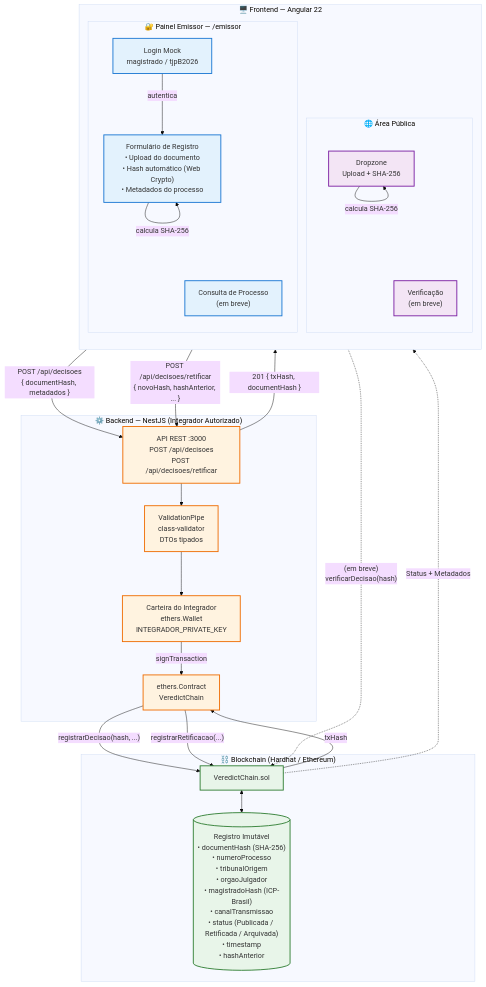
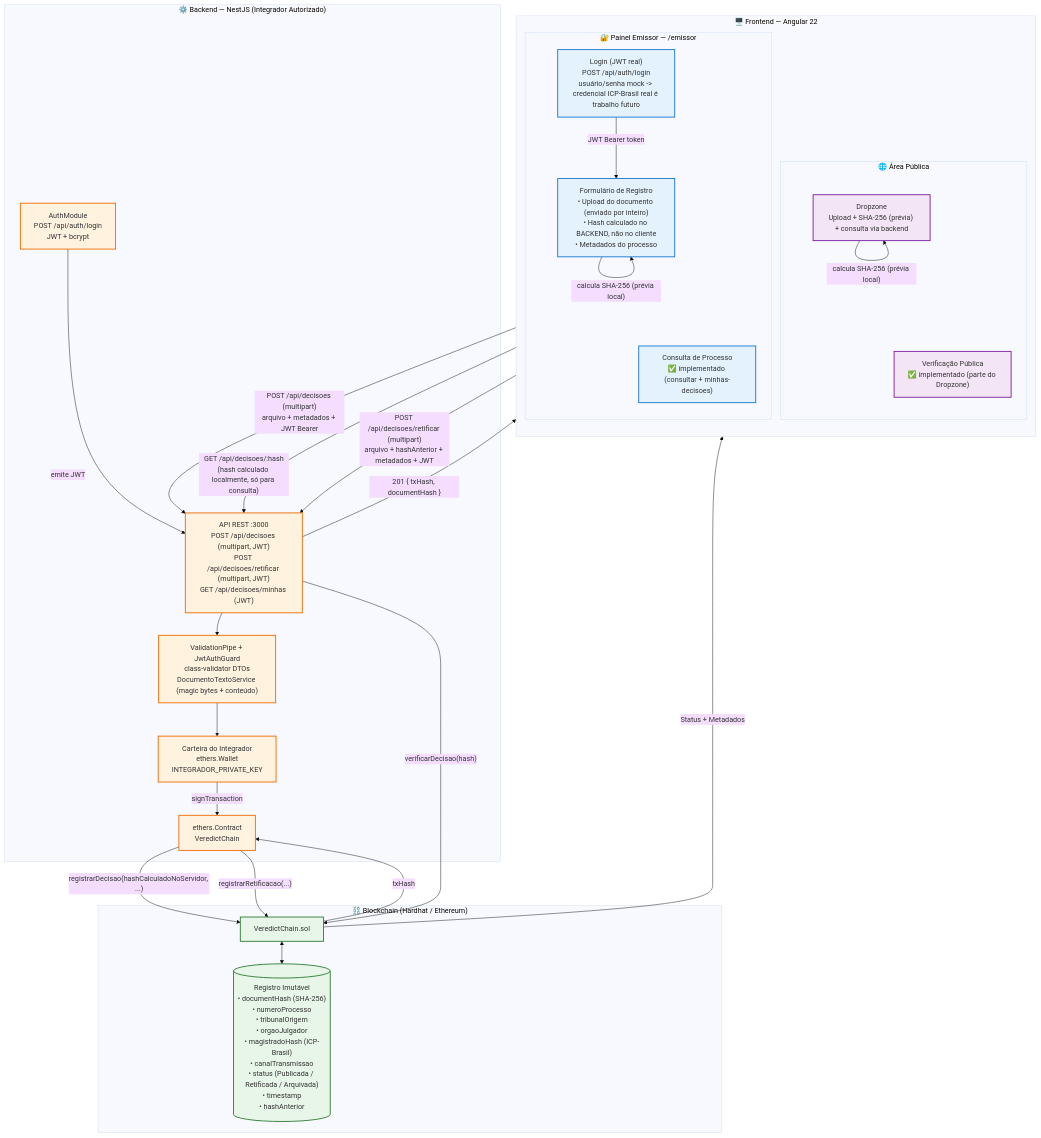
The diagram in contracts/docs/architecture-diagram-v2.md (albertosilv/VeredictChain), drawn with Mermaid (base theme) before and after one commit. The commit also changed other lines of this file and 53 other files, not shown here.

First line of the commit message:
fix(security): autenticação JWT real, hash server-side e correções de auditoria técnica

````diff
--- a/contracts/docs/architecture-diagram-v2.md
+++ b/contracts/docs/architecture-diagram-v2.md
@@ -3,79 +3,82 @@
 ```mermaid
 graph TD
 
 %% ═══════════════════════════════════════════════════════
 %% ESTILOS
 %% ═══════════════════════════════════════════════════════
 classDef frontend fill:#e3f2fd,stroke:#1976d2,stroke-width:2px;
 classDef backend fill:#fff3e0,stroke:#ef6c00,stroke-width:2px;
 classDef blockchain fill:#e8f5e9,stroke:#2e7d32,stroke-width:2px;
 classDef browser fill:#f3e5f5,stroke:#7b1fa2,stroke-width:2px;
 
 
 %% ═══════════════════════════════════════════════════════
 %% 1. FRONTEND — Angular 22 (standalone, signals)
 %% ═══════════════════════════════════════════════════════
 subgraph FRONTEND["🖥️ Frontend — Angular 22"]
   direction TB
 
   subgraph PUBLIC["🌐 Área Pública"]
-    DROP["Dropzone<br/>Upload + SHA-256"]:::browser
-    VERIF["Verificação<br/>(em breve)"]:::browser
+    DROP["Dropzone<br/>Upload + SHA-256 (prévia) + consulta via backend"]:::browser
+    VERIF["Verificação Pública<br/>✅ implementado (parte do Dropzone)"]:::browser
   end
 
   subgraph EMISSOR["🔐 Painel Emissor — /emissor"]
-    LOGIN["Login Mock<br/>magistrado / tjpB2026"]:::frontend
-    REG["Formulário de Registro<br/>• Upload do documento<br/>• Hash automático (Web Crypto)<br/>• Metadados do processo"]:::frontend
-    CONSULTA["Consulta de Processo<br/>(em breve)"]:::frontend
+    LOGIN["Login (JWT real)<br/>POST /api/auth/login<br/>usuário/senha mock -> credencial ICP-Brasil real é trabalho futuro"]:::frontend
+    REG["Formulário de Registro<br/>• Upload do documento (enviado por inteiro)<br/>• Hash calculado no BACKEND, não no cliente<br/>• Metadados do processo"]:::frontend
+    CONSULTA["Consulta de Processo<br/>✅ implementado (consultar + minhas-decisoes)"]:::frontend
   end
 
-  LOGIN -->|"autentica"| REG
-  DROP -->|"calcula SHA-256"| DROP
-  REG -->|"calcula SHA-256"| REG
+  LOGIN -->|"JWT Bearer token"| REG
+  DROP -->|"calcula SHA-256 (prévia local)"| DROP
+  REG -->|"calcula SHA-256 (prévia local)"| REG
 end
 
 
 %% ═══════════════════════════════════════════════════════
 %% 2. BACKEND — NestJS
 %% ═══════════════════════════════════════════════════════
 subgraph BACKEND["⚙️ Backend — NestJS (Integrador Autorizado)"]
-  API["API REST :3000<br/>POST /api/decisoes<br/>POST /api/decisoes/retificar"]:::backend
-  VAL["ValidationPipe<br/>class-validator<br/>DTOs tipados"]:::backend
+  AUTH["AuthModule<br/>POST /api/auth/login<br/>JWT + bcrypt"]:::backend
+  API["API REST :3000<br/>POST /api/decisoes (multipart, JWT)<br/>POST /api/decisoes/retificar (multipart, JWT)<br/>GET /api/decisoes/minhas (JWT)"]:::backend
+  VAL["ValidationPipe + JwtAuthGuard<br/>class-validator DTOs<br/>DocumentoTextoService (magic bytes + conteúdo)"]:::backend
   WALLET["Carteira do Integrador<br/>ethers.Wallet<br/>INTEGRADOR_PRIVATE_KEY"]:::backend
   CONTRACT["ethers.Contract<br/>VeredictChain"]:::backend
 
+  AUTH -->|"emite JWT"| API
   API --> VAL
   VAL --> WALLET
   WALLET -->|"signTransaction"| CONTRACT
 end
 
 
 %% ═══════════════════════════════════════════════════════
 %% 3. BLOCKCHAIN
 %% ═══════════════════════════════════════════════════════
 subgraph CHAIN["⛓️ Blockchain (Hardhat / Ethereum)"]
   SC["VeredictChain.sol"]:::blockchain
   STORAGE[("Registro Imutável<br/>• documentHash (SHA-256)<br/>• numeroProcesso<br/>• tribunalOrigem<br/>• orgaoJulgador<br/>• magistradoHash (ICP-Brasil)<br/>• canalTransmissao<br/>• status (Publicada / Retificada / Arquivada)<br/>• timestamp<br/>• hashAnterior")]:::blockchain
 
   SC <--> STORAGE
 end
 
 
 %% ═══════════════════════════════════════════════════════
 %% FLUXOS
 %% ═══════════════════════════════════════════════════════
 
 %% ── Registro de Decisão ──
-REG -->|"POST /api/decisoes<br/>{ documentHash, metadados }"| API
-CONTRACT -->|"registrarDecisao(hash, ...)"| SC
+REG -->|"POST /api/decisoes (multipart)<br/>arquivo + metadados + JWT Bearer"| API
+CONTRACT -->|"registrarDecisao(hashCalculadoNoServidor, ...)"| SC
 SC -->|"txHash"| CONTRACT
 API -->|"201 { txHash, documentHash }"| REG
 
 %% ── Verificação Pública ──
-DROP -.->|"(em breve)<br/>verificarDecisao(hash)"| SC
-SC -.->|"Status + Metadados"| VERIF
+DROP -->|"GET /api/decisoes/:hash<br/>(hash calculado localmente, só para consulta)"| API
+API -->|"verificarDecisao(hash)"| SC
+SC -->|"Status + Metadados"| VERIF
 
 %% ── Retificação ──
-REG -->|"POST /api/decisoes/retificar<br/>{ novoHash, hashAnterior, ... }"| API
+REG -->|"POST /api/decisoes/retificar (multipart)<br/>arquivo + hashAnterior + metadados + JWT"| API
 CONTRACT -->|"registrarRetificacao(...)"| SC
 ```
````
